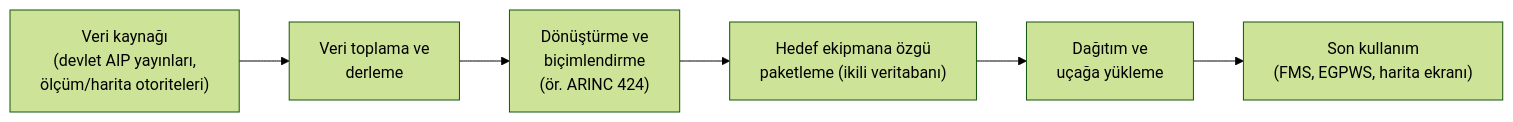
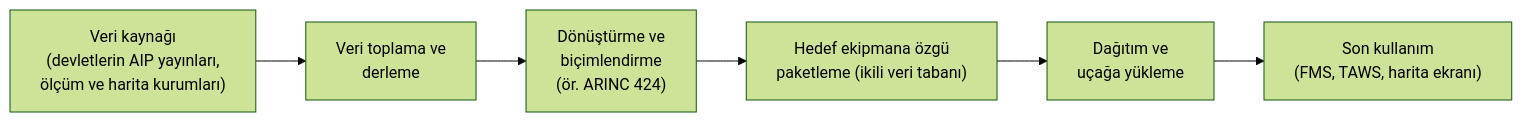
Before and after one commit to Mavrikant/aviyonikyazilim: the diagram in kitap/05-ozel-konular/23-havacilik-verileri.md, drawn with Mermaid (forest theme). The commit also changed other lines of this file and 35 other files, not shown here.

````diff
--- a/kitap/05-ozel-konular/23-havacilik-verileri.md
+++ b/kitap/05-ozel-konular/23-havacilik-verileri.md
@@ -48,8 +63,8 @@
 ```mermaid
 flowchart LR
-    A["Veri kaynağı<br/>(devlet AIP yayınları,<br/>ölçüm/harita otoriteleri)"] --> B["Veri toplama ve<br/>derleme"]
+    A["Veri kaynağı<br/>(devletlerin AIP yayınları,<br/>ölçüm ve harita kurumları)"] --> B["Veri toplama ve<br/>derleme"]
     B --> C["Dönüştürme ve<br/>biçimlendirme<br/>(ör. ARINC 424)"]
-    C --> D["Hedef ekipmana özgü<br/>paketleme (ikili veritabanı)"]
+    C --> D["Hedef ekipmana özgü<br/>paketleme (ikili veri tabanı)"]
     D --> E["Dağıtım ve<br/>uçağa yükleme"]
-    E --> F["Son kullanım<br/>(FMS, EGPWS, harita ekranı)"]
+    E --> F["Son kullanım<br/>(FMS, TAWS, harita ekranı)"]
 ```
````
